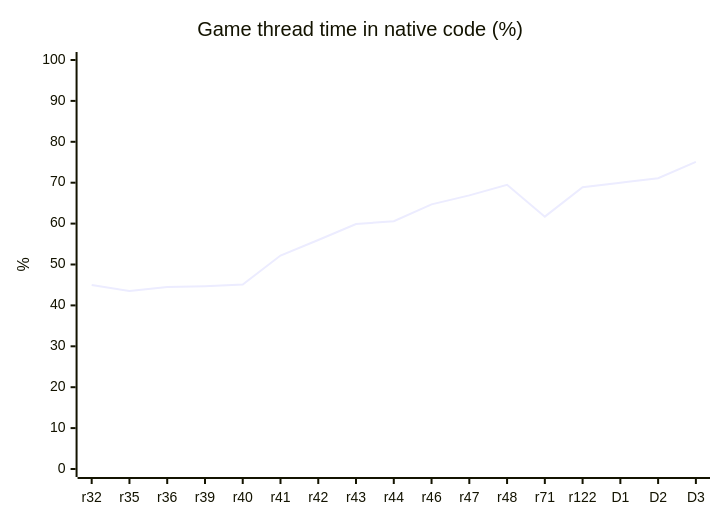
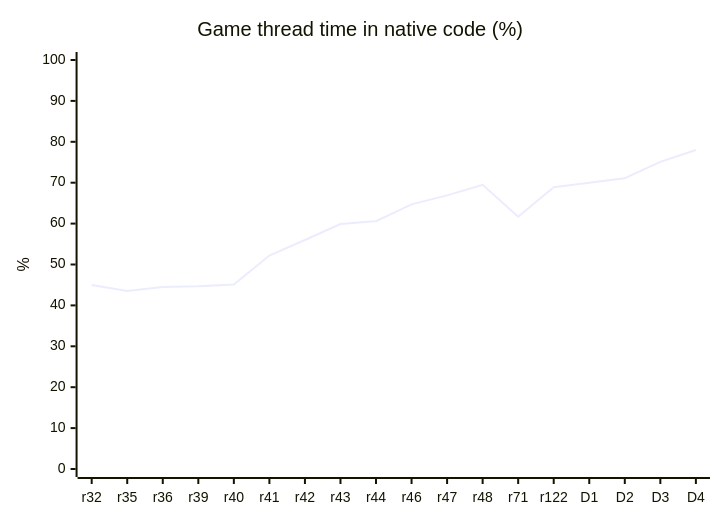
One commit to HenryKun55/celosia changed the diagram in README.md. Above: the diagram before and after it, drawn with Mermaid. The commit also changed other lines of this file and 22 other files, not shown here.

````diff
--- a/README.md
+++ b/README.md
@@ -269,7 +270,7 @@
 ```mermaid
 xychart-beta
     title "Game thread time in native code (%)"
-    x-axis ["r32", "r35", "r36", "r39", "r40", "r41", "r42", "r43", "r44", "r46", "r47", "r48", "r71", "r122", "D1", "D2", "D3"]
+    x-axis ["r32", "r35", "r36", "r39", "r40", "r41", "r42", "r43", "r44", "r46", "r47", "r48", "r71", "r122", "D1", "D2", "D3", "D4"]
     y-axis "%" 0 --> 100
-    line [45.0, 43.5, 44.5, 44.7, 45.1, 52.2, 56.0, 59.9, 60.6, 64.7, 66.9, 69.5, 61.7, 68.9, 70.0, 71.1, 75.1]
+    line [45.0, 43.5, 44.5, 44.7, 45.1, 52.2, 56.0, 59.9, 60.6, 64.7, 66.9, 69.5, 61.7, 68.9, 70.0, 71.1, 75.1, 78.0]
 ```
````
